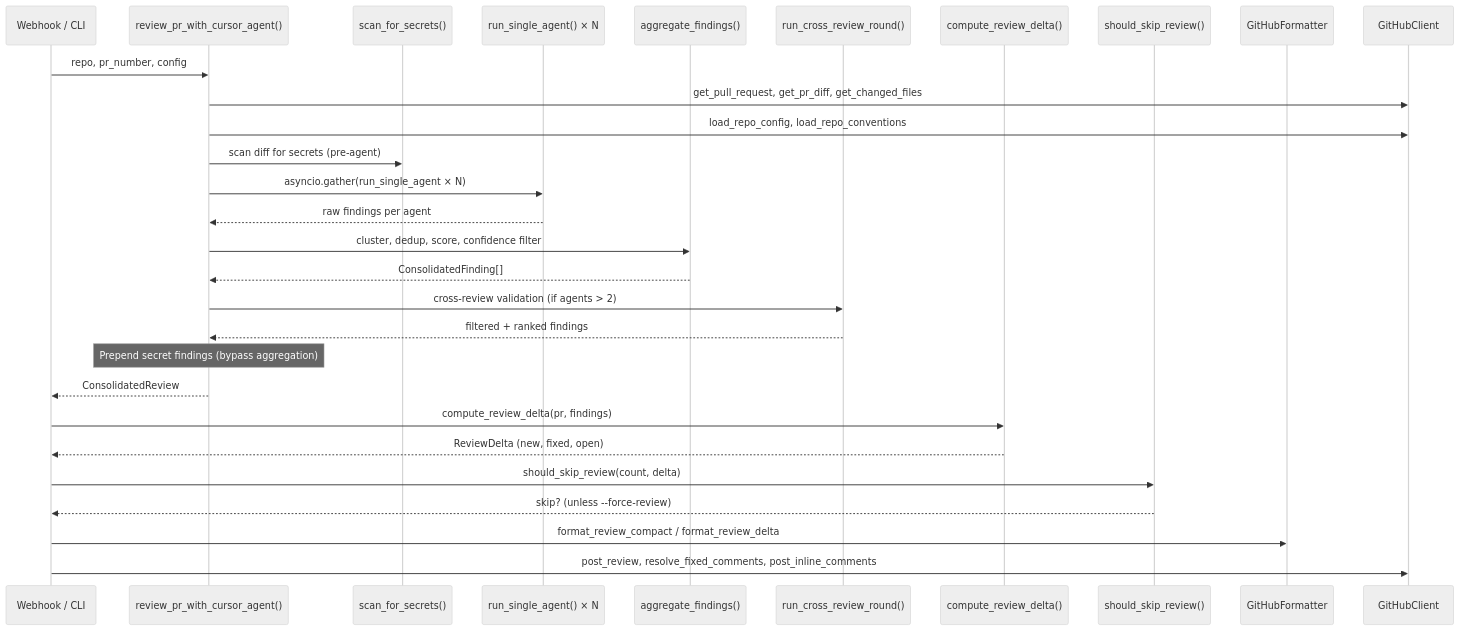
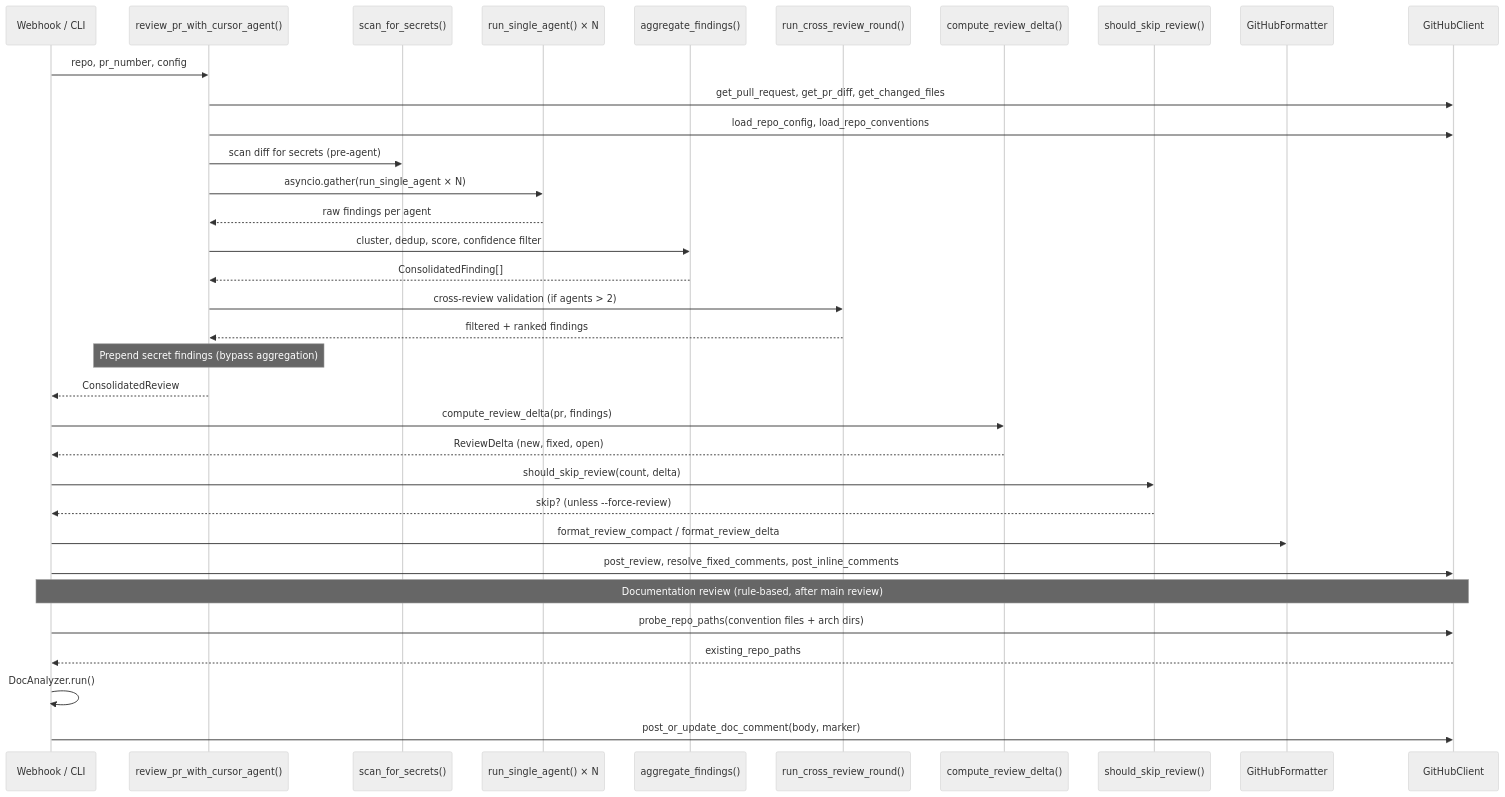
The second of 7 diagrams in docs/ARCHITECTURE.md (calimero-network/ai-code-reviewer), drawn with Mermaid (neutral theme) before and after one commit. The commit also changed other lines of this file and 2 other files, not shown here.

First line of the commit message:
feat: implement rule-based documentation review in review-pr command

````diff
--- a/docs/ARCHITECTURE.md
+++ b/docs/ARCHITECTURE.md
@@ -75,33 +80,39 @@
 ```mermaid
 sequenceDiagram
     participant Trigger as Webhook / CLI
     participant Review as review_pr_with_cursor_agent()
     participant Secret as scan_for_secrets()
     participant Agent as run_single_agent() × N
     participant Agg as aggregate_findings()
     participant XR as run_cross_review_round()
     participant Delta as compute_review_delta()
     participant Conv as should_skip_review()
     participant Fmt as GitHubFormatter
     participant GH as GitHubClient
 
     Trigger->>Review: repo, pr_number, config
     Review->>GH: get_pull_request, get_pr_diff, get_changed_files
     Review->>GH: load_repo_config, load_repo_conventions
     Review->>Secret: scan diff for secrets (pre-agent)
     Review->>Agent: asyncio.gather(run_single_agent × N)
     Agent-->>Review: raw findings per agent
     Review->>Agg: cluster, dedup, score, confidence filter
     Agg-->>Review: ConsolidatedFinding[]
     Review->>XR: cross-review validation (if agents > 2)
     XR-->>Review: filtered + ranked findings
     Note over Review: Prepend secret findings (bypass aggregation)
     Review-->>Trigger: ConsolidatedReview
 
     Trigger->>Delta: compute_review_delta(pr, findings)
     Delta-->>Trigger: ReviewDelta (new, fixed, open)
     Trigger->>Conv: should_skip_review(count, delta)
     Conv-->>Trigger: skip? (unless --force-review)
     Trigger->>Fmt: format_review_compact / format_review_delta
     Trigger->>GH: post_review, resolve_fixed_comments, post_inline_comments
+
+    Note over Trigger,GH: Documentation review (rule-based, after main review)
+    Trigger->>GH: probe_repo_paths(convention files + arch dirs)
+    GH-->>Trigger: existing_repo_paths
+    Trigger->>Trigger: DocAnalyzer.run()
+    Trigger->>GH: post_or_update_doc_comment(body, marker)
 ```
````
